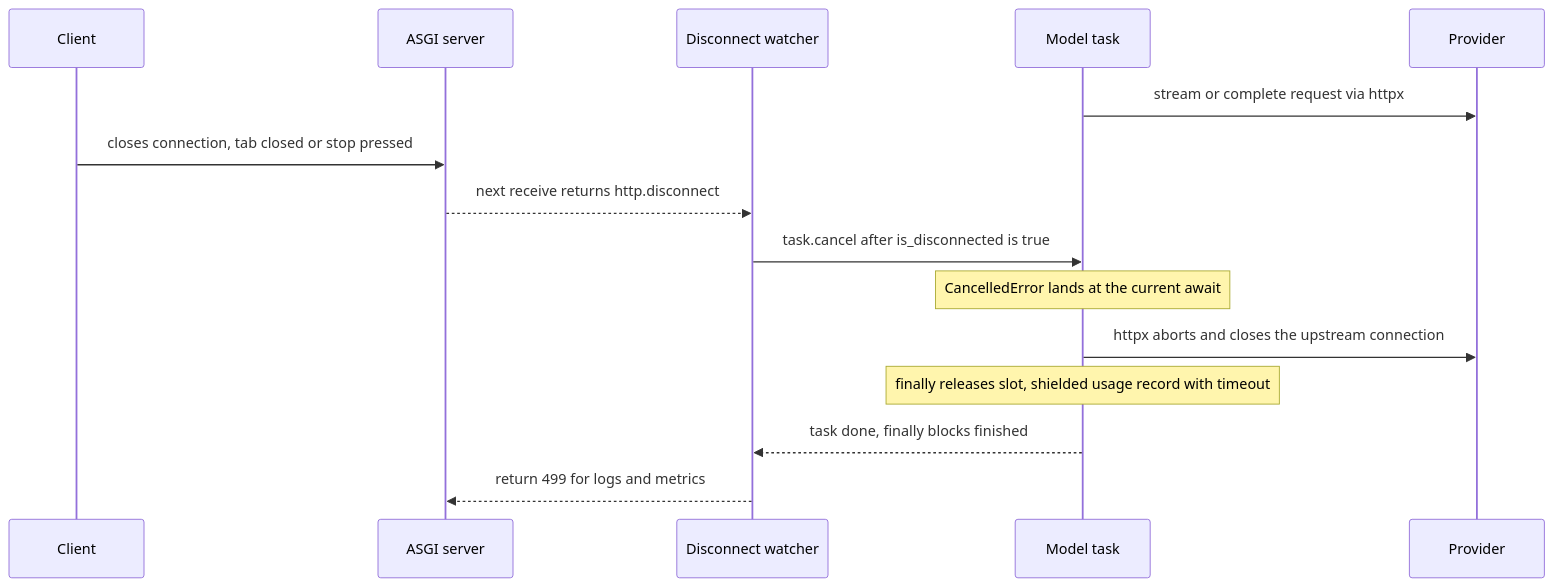
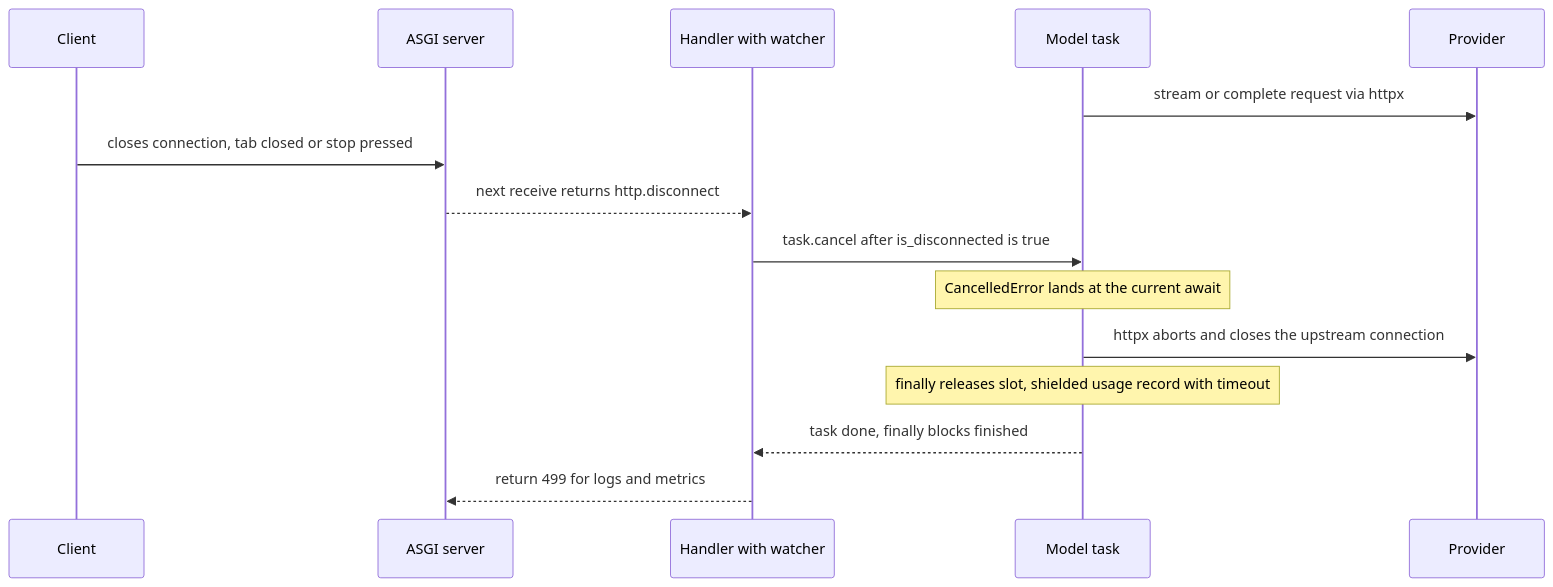
One commit to lovishmahajan97/agentic-learning changed the diagram in content/fastapi-for-ai/cancellation-on-client-disconnect.md. Above: the diagram before and after it, drawn with Mermaid. The commit also changed other lines of this file and 81 other files, not shown here.

````diff
--- a/content/fastapi-for-ai/cancellation-on-client-disconnect.md
+++ b/content/fastapi-for-ai/cancellation-on-client-disconnect.md
@@ -120,17 +120,17 @@
 ```mermaid
 sequenceDiagram
     participant C as Client
     participant S as ASGI server
-    participant W as Disconnect watcher
+    participant W as Handler with watcher
     participant T as Model task
     participant P as Provider
     T->>P: stream or complete request via httpx
     C->>S: closes connection, tab closed or stop pressed
     S-->>W: next receive returns http.disconnect
     W->>T: task.cancel after is_disconnected is true
     Note over T: CancelledError lands at the current await
     T->>P: httpx aborts and closes the upstream connection
     Note over T: finally releases slot, shielded usage record with timeout
     T-->>W: task done, finally blocks finished
     W-->>S: return 499 for logs and metrics
 ```
````
